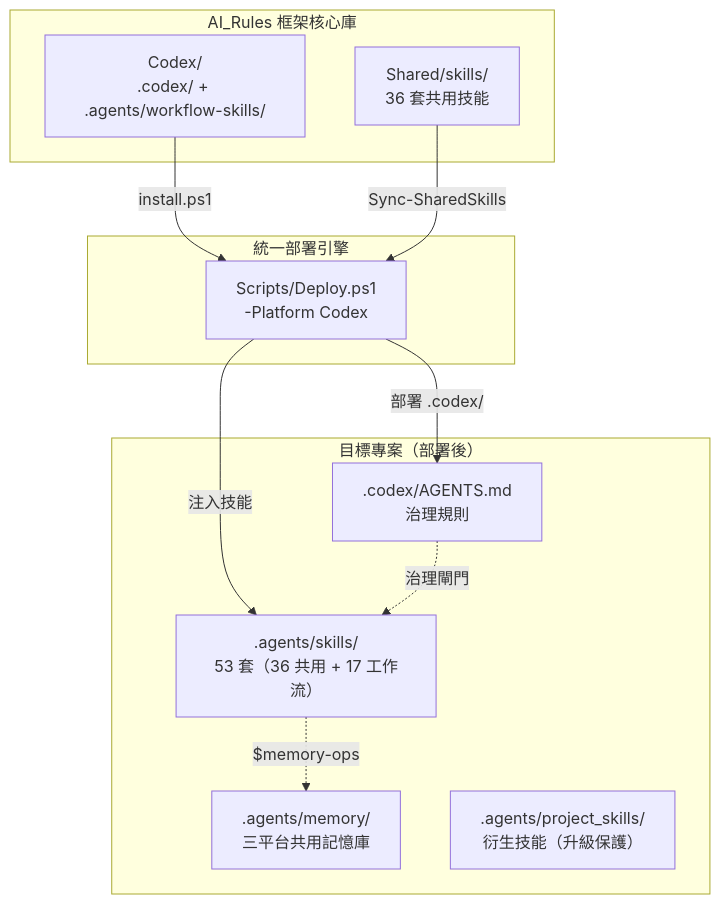
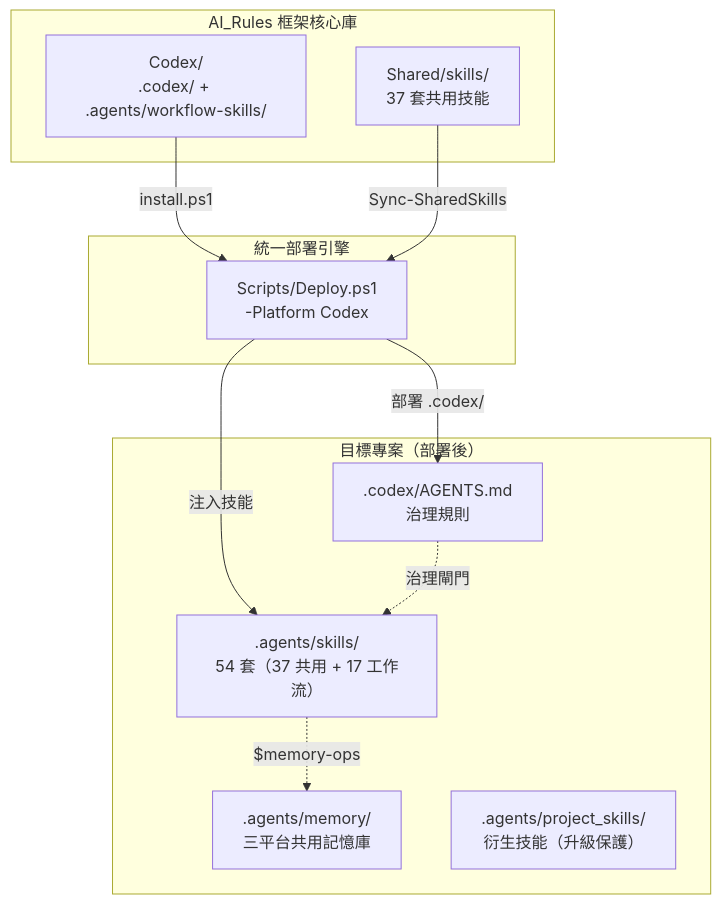
One commit to Kunshao1117/AI_Rules changed the first of 2 diagrams in Codex/README.md. Above: the diagram before and after it, drawn with Mermaid. The commit also changed other lines of this file and 91 other files, not shown here.

````diff
--- a/Codex/README.md
+++ b/Codex/README.md
@@ -75,25 +75,25 @@
 ```mermaid
 graph TB
     subgraph "AI_Rules 框架核心庫"
         SRC["Codex/<br/>.codex/ + .agents/workflow-skills/"]
-        SH["Shared/skills/<br/>36 套共用技能"]
+        SH["Shared/skills/<br/>37 套共用技能"]
     end
 
     subgraph "統一部署引擎"
         DEPLOY["Scripts/Deploy.ps1<br/>-Platform Codex"]
     end
 
     subgraph "目標專案（部署後）"
         CODEX[".codex/AGENTS.md<br/>治理規則"]
-        SKILLS[".agents/skills/<br/>53 套（36 共用 + 17 工作流）"]
+        SKILLS[".agents/skills/<br/>54 套（37 共用 + 17 工作流）"]
         MEM[".agents/memory/<br/>三平台共用記憶庫"]
         PROJ[".agents/project_skills/<br/>衍生技能（升級保護）"]
     end
 
     SRC -->|"install.ps1"| DEPLOY
     SH -->|"Sync-SharedSkills"| DEPLOY
     DEPLOY -->|"部署 .codex/"| CODEX
     DEPLOY -->|"注入技能"| SKILLS
     SKILLS -.->|"$memory-ops"| MEM
     CODEX -.->|"治理閘門"| SKILLS
 ```
````
